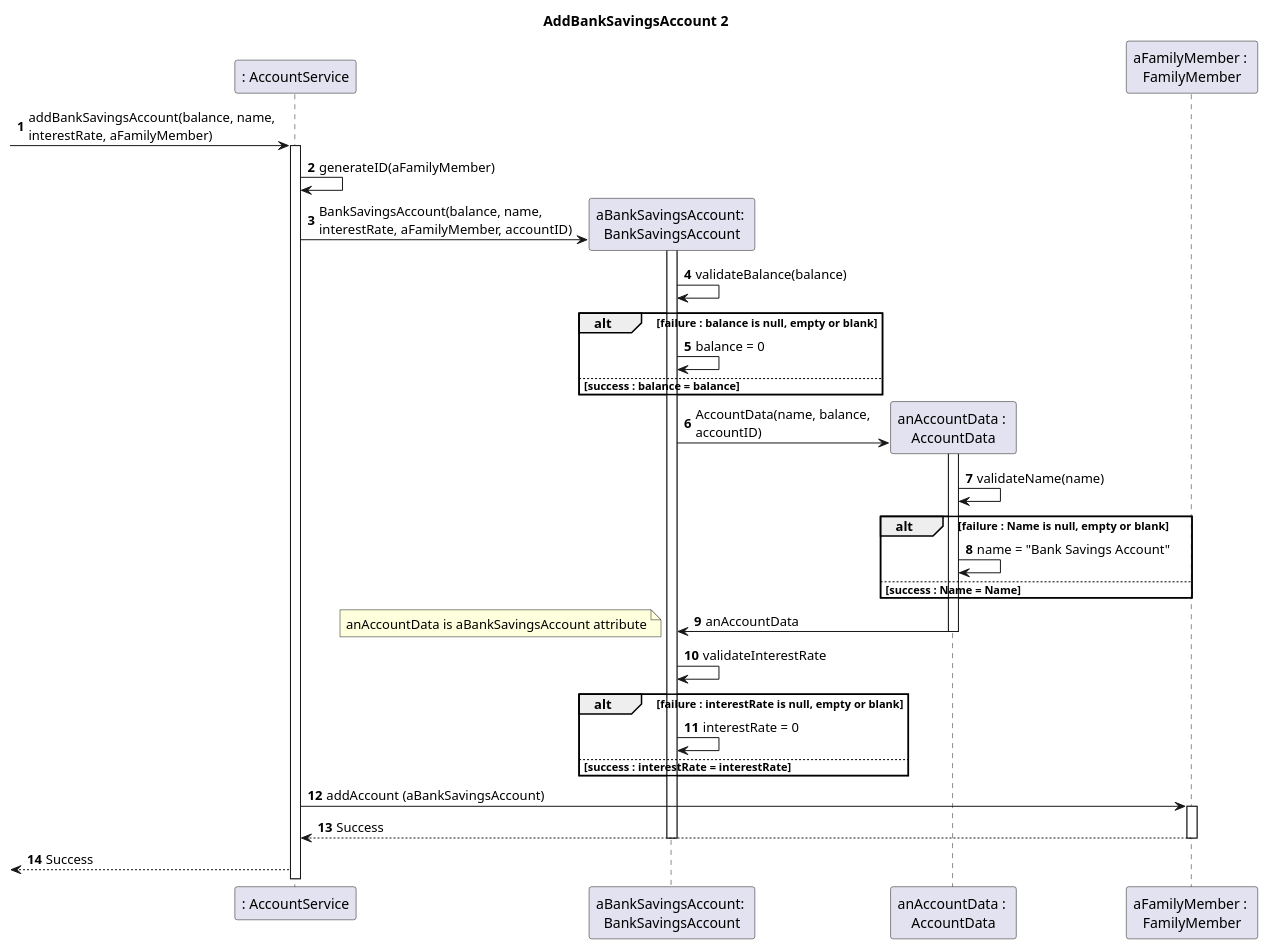
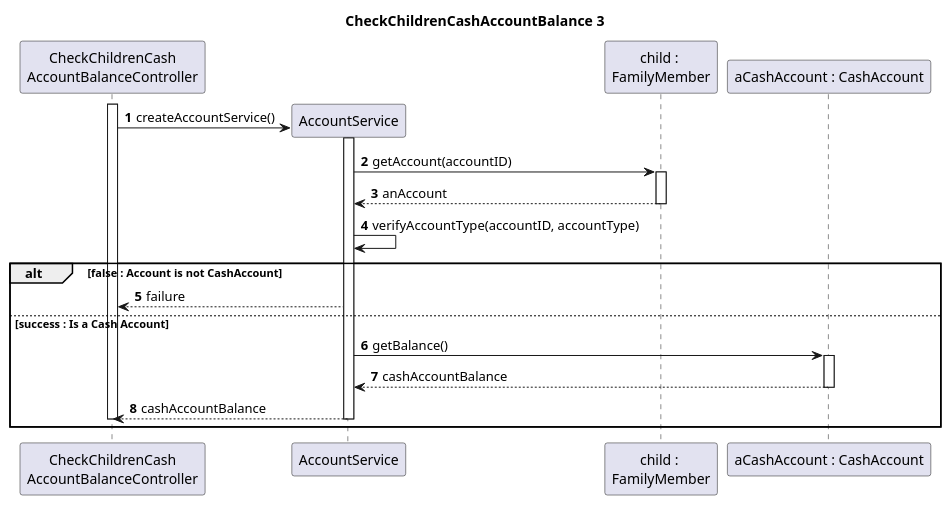
One commit to tomas-osswald/switch_2020_g3 changed the fourth of 5 diagrams in docs/sprint2/user_stories/US188_CheckChildrenCashAccountBalance.md. Above: the diagram before and after it, drawn with PlantUML. The commit also changed other lines of this file and 2 other files, not shown here.

Commit message:
finished us188 documentation. Changed Family method name to verifyParenthood

`````diff
--- a/docs/sprint2/user_stories/US188_CheckChildrenCashAccountBalance.md
+++ b/docs/sprint2/user_stories/US188_CheckChildrenCashAccountBalance.md
@@ -255,48 +206,35 @@
 ````puml
 autonumber
 
-title AddBankSavingsAccount 2
+title CheckChildrenCashAccountBalance 3
 
-participant ": AccountService" as accountservice
-participant "aBankSavingsAccount: \nBankSavingsAccount" as account
-participant "anAccountData : \nAccountData" as data
-participant "aFamilyMember : \nFamilyMember" as FamilyMember
+participant "CheckChildrenCash\nAccountBalanceController" as controller
+participant "AccountService" as account
+participant "child : \nFamilyMember" as child
+participant "aCashAccount : CashAccount" as cash
+
+activate controller
+controller -> account **: createAccountService()
+activate account
+account -> child : getAccount(accountID)
+activate child
+account <-- child : anAccount
+deactivate child
+account -> account : verifyAccountType(accountID, accountType)
+alt false : Account is not CashAccount
+account --> controller : failure
+else success : Is a Cash Account
+account -> cash : getBalance()
+activate cash
+cash --> account : cashAccountBalance
+deactivate cash
+account --> controller : cashAccountBalance
+deactivate account
+deactivate controller
+
+end
 
 
--> accountservice : addBankSavingsAccount(balance, name, \ninterestRate, aFamilyMember)
-activate accountservice
-accountservice -> accountservice : generateID(aFamilyMember)
-accountservice -> account ** : BankSavingsAccount(balance, name, \ninterestRate, aFamilyMember, accountID)
-activate account
+deactivate controller
 
-account -> account: validateBalance(balance)
-alt failure : balance is null, empty or blank
-account -> account : balance = 0
-else success : balance = balance
-end
-
-account -> data ** : AccountData(name, balance, \naccountID)
-activate data
-data -> data : validateName(name)
-alt failure : Name is null, empty or blank
-data -> data : name = "Bank Savings Account"
-else success : Name = Name
-end
-
-data -> account : anAccountData
-
-
-note left : anAccountData is aBankSavingsAccount attribute
-deactivate data
-account -> account : validateInterestRate
-alt failure : interestRate is null, empty or blank
-account -> account : interestRate = 0
-else success : interestRate = interestRate
-end
-accountservice -> FamilyMember : addAccount (aBankSavingsAccount)
-activate FamilyMember
-FamilyMember --> accountservice : Success
-deactivate account
-deactivate FamilyMember
-<-- accountservice : Success
 ````
`````
